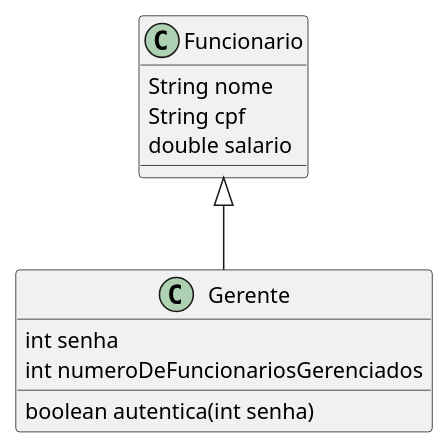
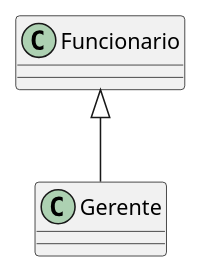
The third of 9 diagrams in src/posts/11_heranca.md (2025-ifba-saj-inf-poo/blog), drawn with PlantUML before and after one commit. The commit also changed other lines of this file and 9 other files, not shown here.

````diff
--- a/src/posts/11_heranca.md
+++ b/src/posts/11_heranca.md
@@ -197,18 +210,5 @@
 ```plantuml
 @startuml
-
-class Funcionario {
-    String nome
-    String cpf
-    double salario
-}
-
-class Gerente {
-    int senha
-    int numeroDeFuncionariosGerenciados
-    boolean autentica(int senha)
-}
-
 Funcionario <|-- Gerente
 @enduml
 ```
````
